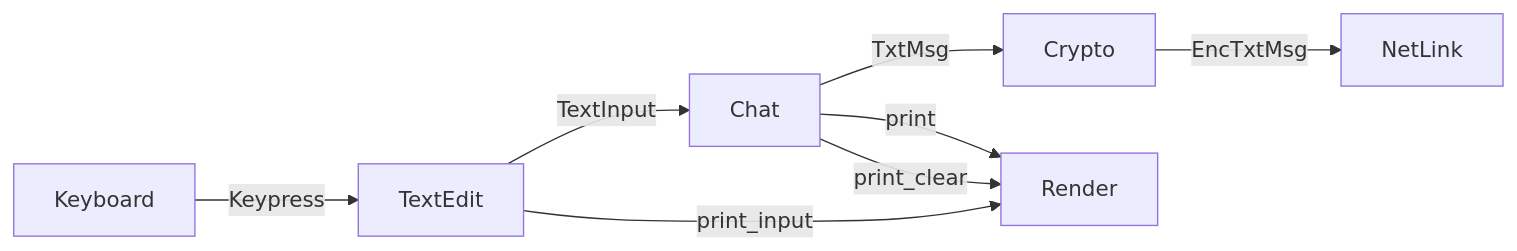
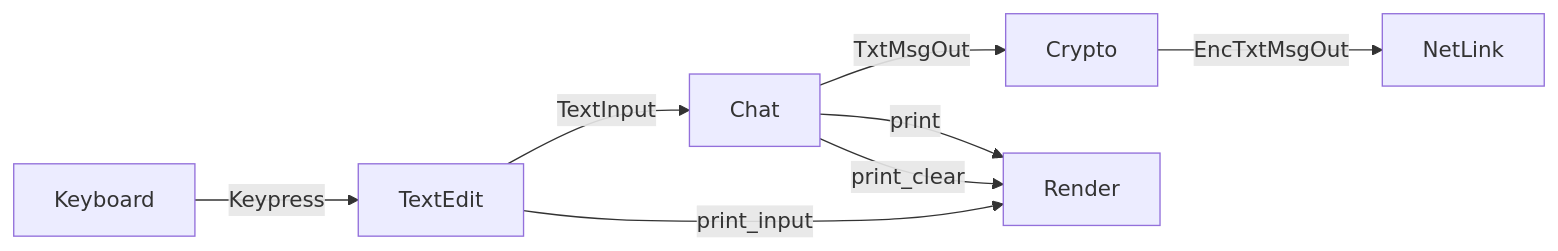
The second of 6 diagrams in Architecture.md (fluffy/bare-rust), drawn with Mermaid before and after one commit. The commit also changed 5 other files, not shown here.

````diff
--- a/Architecture.md
+++ b/Architecture.md
@@ -72,10 +72,10 @@
 ```mermaid
 flowchart LR
     A[Keyboard] -->|Keypress| B[TextEdit]
     B -->|TextInput| C[Chat]
-    C -->|TxtMsg| D[Crypto]
+    C -->|TxtMsgOut| D[Crypto]
     B -->|print_input| J[Render]
-    D -->|EncTxtMsg| F[NetLink]
+    D -->|EncTxtMsgOut| F[NetLink]
     C -->|print| J[Render]
     C -->|print_clear| J[Render]
 ```
````
